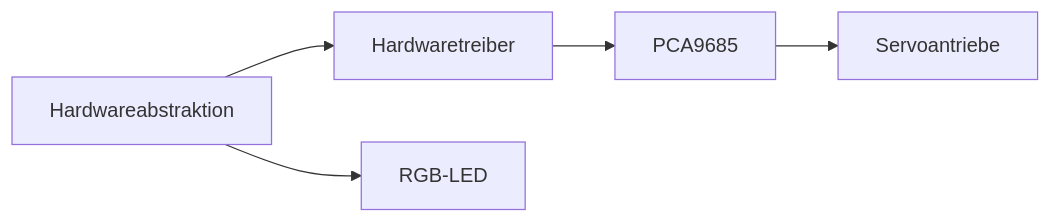
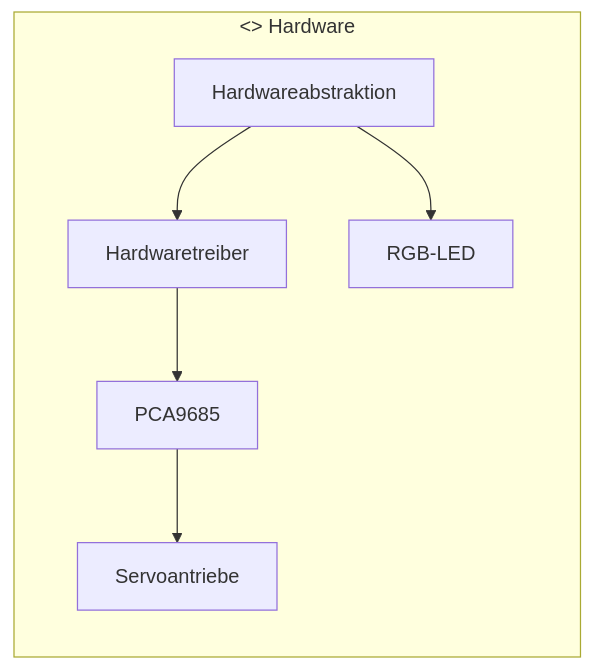
The fifth of 5 diagrams in doc/projektbeschreibung.md (butz1999/inverse_kinematik), drawn with Mermaid before and after one commit. The commit also changed other lines of this file, not shown here.

````diff
--- a/doc/projektbeschreibung.md
+++ b/doc/projektbeschreibung.md
@@ -402,13 +412,15 @@
 ```mermaid
 flowchart LR
-    D1[Hardwareabstraktion]
-    D2[Hardwaretreiber]
-    D3[PCA9685]
-    D4[Servoantriebe]
-    D5[RGB-LED]
+    subgraph HW["<<component>> Hardware"]
+        D1[Hardwareabstraktion]
+        D2[Hardwaretreiber]
+        D3[PCA9685]
+        D4[Servoantriebe]
+        D5[RGB-LED]
 
-    D1 --> D2
-    D2 --> D3
-    D3 --> D4
-    D1 --> D5
+        D1 --> D2
+        D2 --> D3
+        D3 --> D4
+        D1 --> D5
+    end
 ```
````
